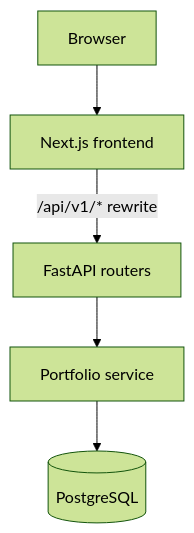
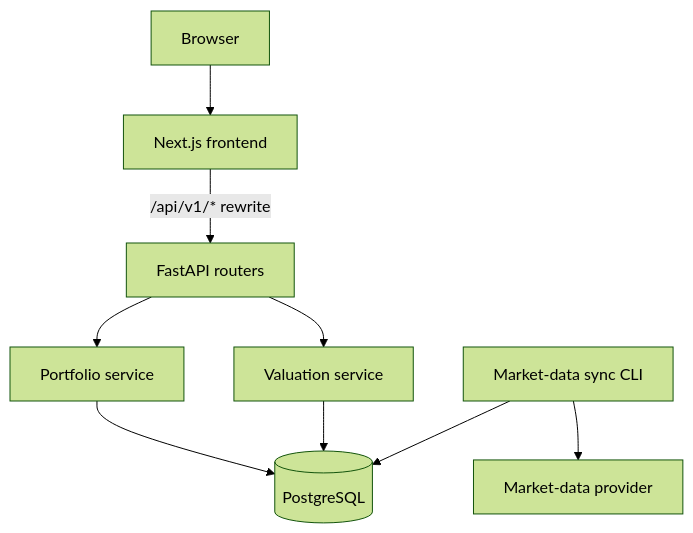
The first of 2 diagrams in docs/ARCHITECTURE.md (pgp41370-coder/portfolio-intelligence), drawn with Mermaid (forest theme) before and after one commit. The commit also changed other lines of this file and 59 other files, not shown here.

First line of the commit message:
feat: add NSE EOD market data and portfolio valuation

````diff
--- a/docs/ARCHITECTURE.md
+++ b/docs/ARCHITECTURE.md
@@ -15,7 +15,11 @@
 ```mermaid
 flowchart TD
     B[Browser] --> N[Next.js frontend]
     N -- "/api/v1/* rewrite" --> F[FastAPI routers]
     F --> S[Portfolio service]
+    F --> V[Valuation service]
     S --> P[(PostgreSQL)]
+    V --> P
+    C[Market-data sync CLI] --> P
+    C --> I[Market-data provider]
 ```
````
